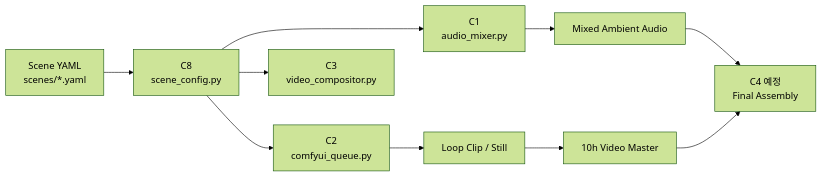
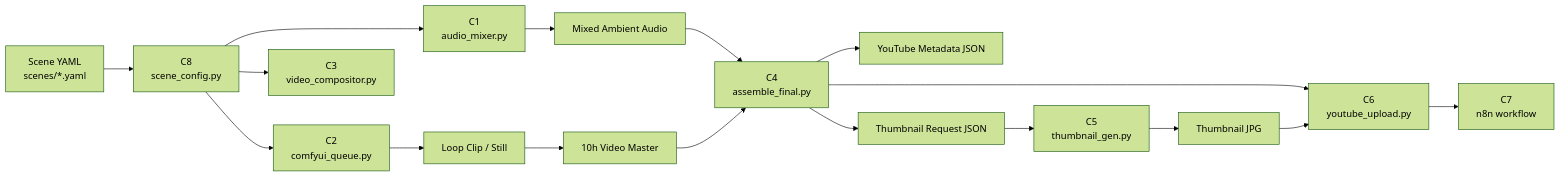
One commit to sinmb79/Library-of-Longing changed the diagram in README.md. Above: the diagram before and after it, drawn with Mermaid (forest theme). The commit also changed other lines of this file and 15 other files, not shown here.

````diff
--- a/README.md
+++ b/README.md
@@ -14,12 +14,19 @@
 ```mermaid
 flowchart LR
     A["Scene YAML<br/>scenes/*.yaml"] --> B["C8<br/>scene_config.py"]
     B --> C["C1<br/>audio_mixer.py"]
     B --> D["C2<br/>comfyui_queue.py"]
     B --> E["C3<br/>video_compositor.py"]
     D --> F["Loop Clip / Still"]
     C --> G["Mixed Ambient Audio"]
     F --> H["10h Video Master"]
-    G --> I["C4 예정<br/>Final Assembly"]
+    G --> I["C4<br/>assemble_final.py"]
     H --> I
+    I --> J["YouTube Metadata JSON"]
+    I --> K["Thumbnail Request JSON"]
+    K --> L["C5<br/>thumbnail_gen.py"]
+    L --> M["Thumbnail JPG"]
+    I --> N["C6<br/>youtube_upload.py"]
+    M --> N
+    N --> O["C7<br/>n8n workflow"]
 ```
````
